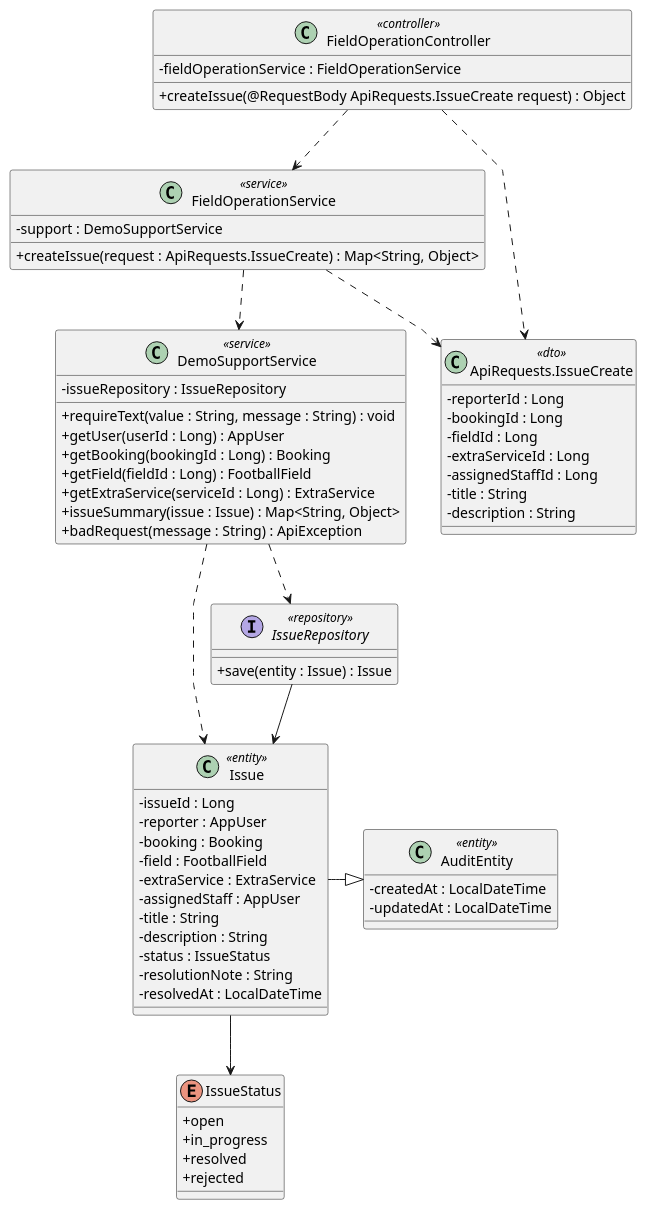
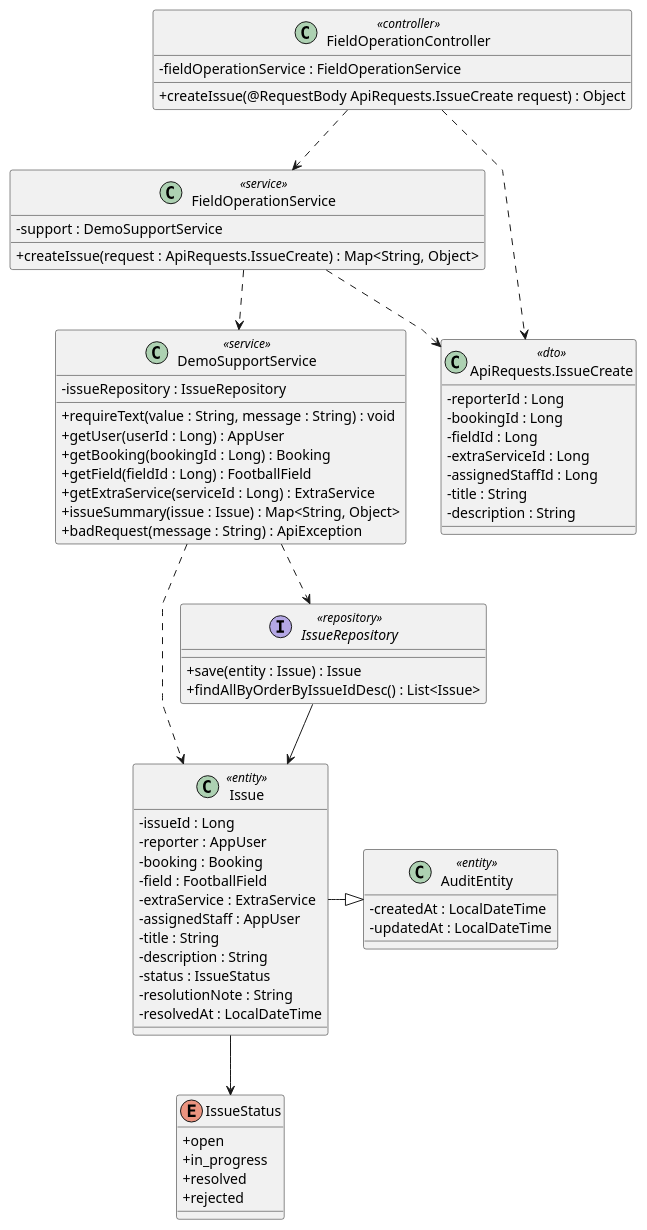
One commit to maxwell1904/SWP391_G3 changed the diagram in docs/Class Diagram/report-field-service-issue.puml. Above: the diagram before and after it, drawn with PlantUML. The commit also changed 40 other files, not shown here.

Commit message:
align code-first docs and complete suggestion flow

```diff
--- a/docs/Class Diagram/report-field-service-issue.puml
+++ b/docs/Class Diagram/report-field-service-issue.puml
@@ -1,81 +1,82 @@
 @startuml
 
 skinparam classAttributeIconSize 0
 skinparam linetype polyline
 
 class FieldOperationController <<controller>> {
     -fieldOperationService : FieldOperationService
 
     +createIssue(@RequestBody ApiRequests.IssueCreate request) : Object
 }
 
 class FieldOperationService <<service>> {
     -support : DemoSupportService
 
     +createIssue(request : ApiRequests.IssueCreate) : Map<String, Object>
 }
 
 class DemoSupportService <<service>> {
     -issueRepository : IssueRepository
 
     +requireText(value : String, message : String) : void
     +getUser(userId : Long) : AppUser
     +getBooking(bookingId : Long) : Booking
     +getField(fieldId : Long) : FootballField
     +getExtraService(serviceId : Long) : ExtraService
     +issueSummary(issue : Issue) : Map<String, Object>
     +badRequest(message : String) : ApiException
 }
 
 class "ApiRequests.IssueCreate" as IssueCreateDTO <<dto>> {
     -reporterId : Long
     -bookingId : Long
     -fieldId : Long
     -extraServiceId : Long
     -assignedStaffId : Long
     -title : String
     -description : String
 }
 
 interface IssueRepository <<repository>> {
     +save(entity : Issue) : Issue
+    +findAllByOrderByIssueIdDesc() : List<Issue>
 }
 
 class AuditEntity <<entity>> {
     -createdAt : LocalDateTime
     -updatedAt : LocalDateTime
 }
 
 class Issue <<entity>> {
     -issueId : Long
     -reporter : AppUser
     -booking : Booking
     -field : FootballField
     -extraService : ExtraService
     -assignedStaff : AppUser
     -title : String
     -description : String
     -status : IssueStatus
     -resolutionNote : String
     -resolvedAt : LocalDateTime
 }
 
 enum IssueStatus {
     + open
     + in_progress
     + resolved
     + rejected
 }
 
 ' Relationships
 FieldOperationController ..> FieldOperationService
 FieldOperationController ..> IssueCreateDTO
 FieldOperationService ..> IssueCreateDTO
 FieldOperationService ..> DemoSupportService
 DemoSupportService ..> IssueRepository
 DemoSupportService ..> Issue
 IssueRepository --> Issue
 Issue --> IssueStatus
 Issue -|> AuditEntity
 
 @enduml
```
